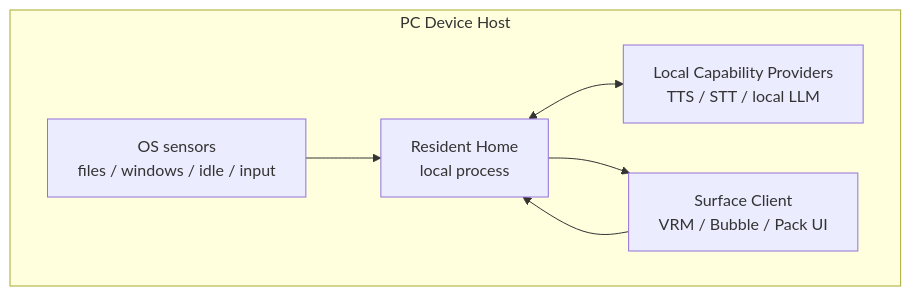
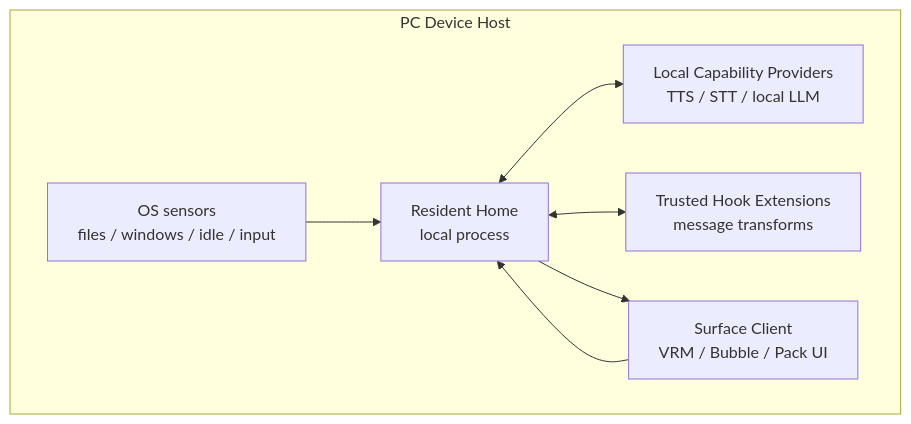
Before and after one commit to minimarimo3/yuukeiV2: the first of 3 diagrams in 02-architecture.md, drawn with Mermaid. The commit also changed other lines of this file and 26 other files, not shown here.

````diff
--- a/02-architecture.md
+++ b/02-architecture.md
@@ -87,14 +101,16 @@
 ```mermaid
 flowchart TB
   subgraph Device["PC Device Host"]
     Sensors["OS sensors\nfiles / windows / idle / input"]
     LocalCaps["Local Capability Providers\nTTS / STT / local LLM"]
+    LocalExt["Trusted Hook Extensions\nmessage transforms"]
     Surface["Surface Client\nVRM / Bubble / Pack UI"]
     Home["Resident Home\nlocal process"]
   end
 
   Sensors --> Home
   Home <--> LocalCaps
+  Home <--> LocalExt
   Home --> Surface
   Surface --> Home
 ```
````
